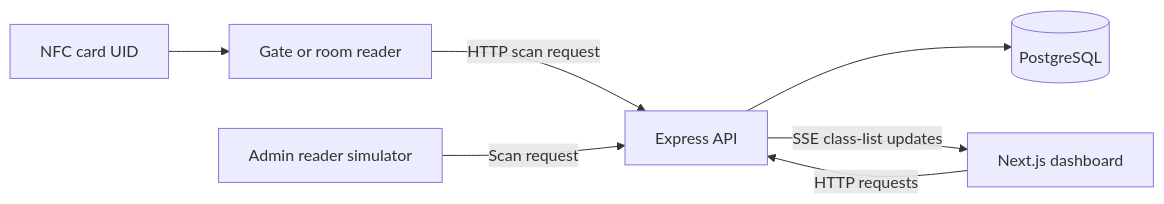
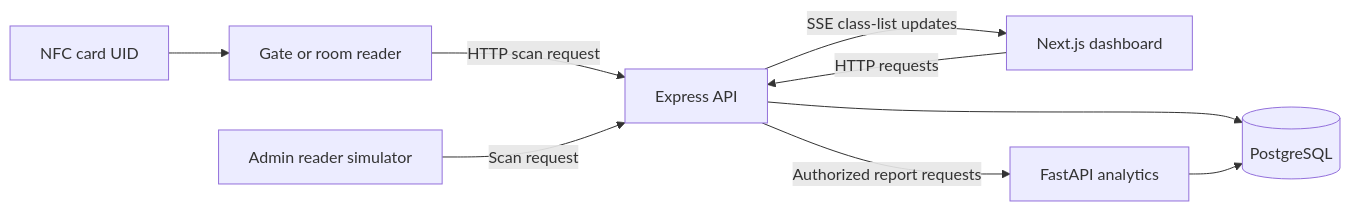
The diagram in README.md (nxckwc/NFC-student-card), drawn with Mermaid before and after one commit. The commit also changed other lines of this file and 14 other files, not shown here.

Commit message:
init rerouting and migrate analytics, make reports page to request report from analytics server

````diff
--- a/README.md
+++ b/README.md
@@ -25,9 +26,11 @@
 ```mermaid
 flowchart LR
     Card[NFC card UID] --> Reader[Gate or room reader]
     Reader -->|HTTP scan request| API[Express API]
     Simulator[Admin reader simulator] -->|Scan request| API
     Web[Next.js dashboard] -->|HTTP requests| API
     API --> DB[(PostgreSQL)]
     API -->|SSE class-list updates| Web
+    API -->|Authorized report requests| Analytics[FastAPI analytics]
+    Analytics --> DB
 ```
````
